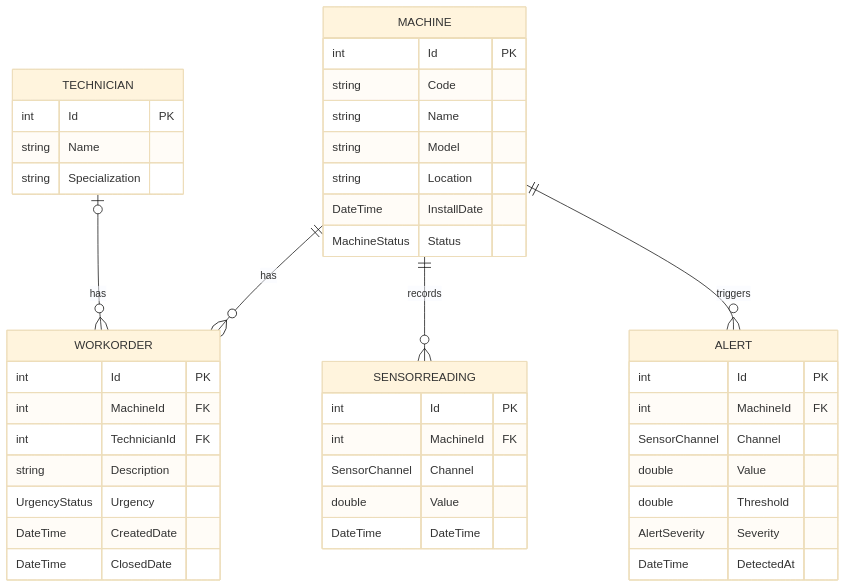
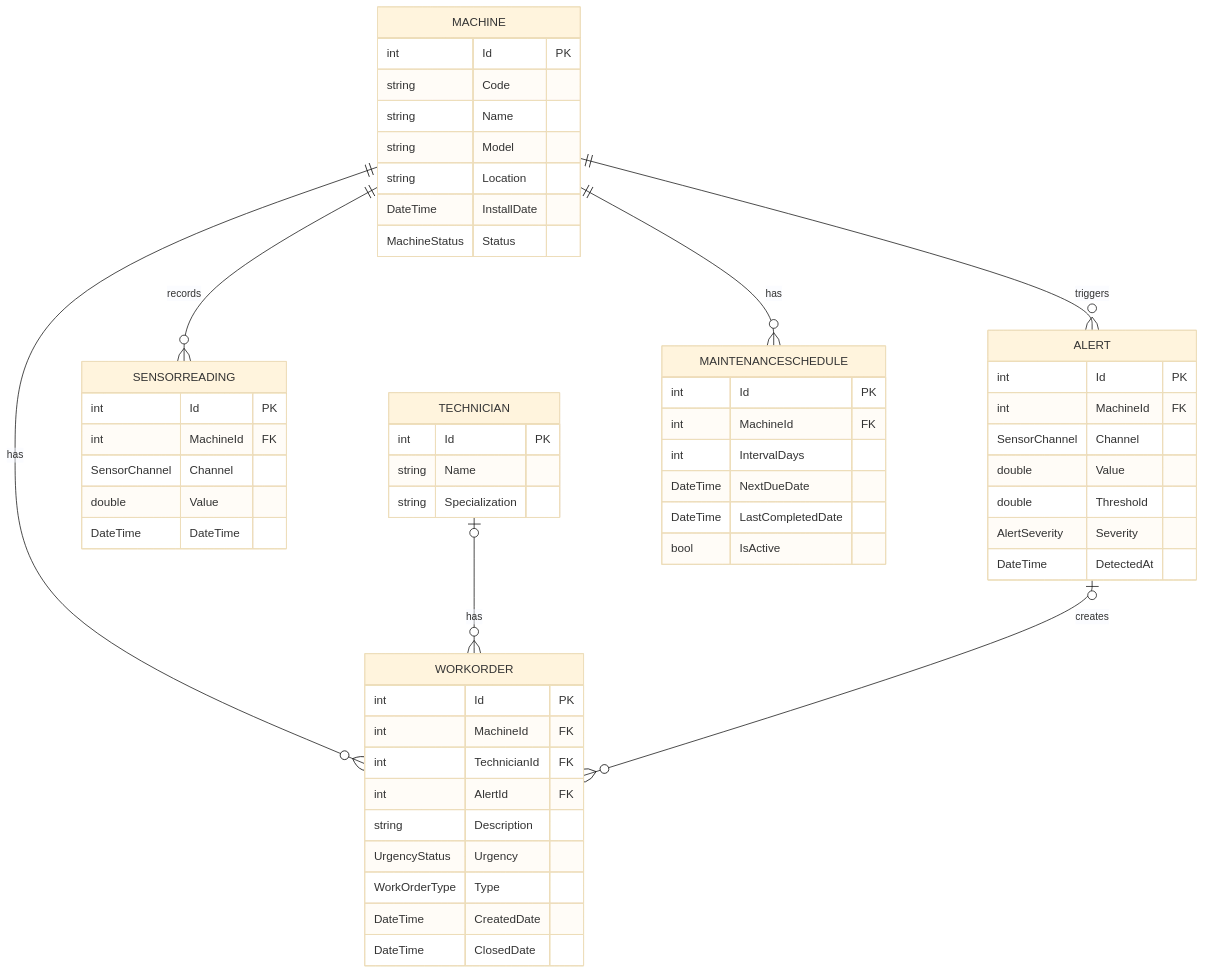
Before and after one commit to Oz05-jpg/FMMS-Machine-Monitoring: the diagram in docs/er-diagram.md, drawn with Mermaid (base theme).

Commit message:
docs: update ER diagram with AlertId, Type and MaintenanceSchedule

````diff
--- a/docs/er-diagram.md
+++ b/docs/er-diagram.md
@@ -3,47 +3,60 @@
 ```mermaid
 erDiagram
     MACHINE    ||--o{ WORKORDER : has
     TECHNICIAN |o--o{ WORKORDER : has
     MACHINE ||--o{ SENSORREADING : records
     MACHINE ||--o{ ALERT : triggers
+    MACHINE ||--o{ MAINTENANCESCHEDULE : has
+    ALERT |o--o{ WORKORDER : creates  
 
     MACHINE {
         int Id PK
         string Code
         string Name
         string Model
         string Location
         DateTime InstallDate
         MachineStatus Status
     }
     TECHNICIAN {
         int Id PK
         string Name
         string Specialization
     }
     WORKORDER {
         int Id PK
         int MachineId FK
         int TechnicianId FK
+        int AlertId FK
         string Description
         UrgencyStatus Urgency
+        WorkOrderType Type
         DateTime CreatedDate
         DateTime ClosedDate
     }
     SENSORREADING {
         int Id PK
         int MachineId FK
         SensorChannel Channel
         double Value
         DateTime DateTime
     }
     ALERT {
         int Id PK
         int MachineId FK
         SensorChannel Channel
         double Value
         double Threshold
         AlertSeverity Severity
         DateTime DetectedAt
     }
+    MAINTENANCESCHEDULE {
+        int Id PK
+        int MachineId FK
+        int IntervalDays
+        DateTime NextDueDate
+        DateTime LastCompletedDate
+        bool IsActive
+    }
+    
 ```
````
